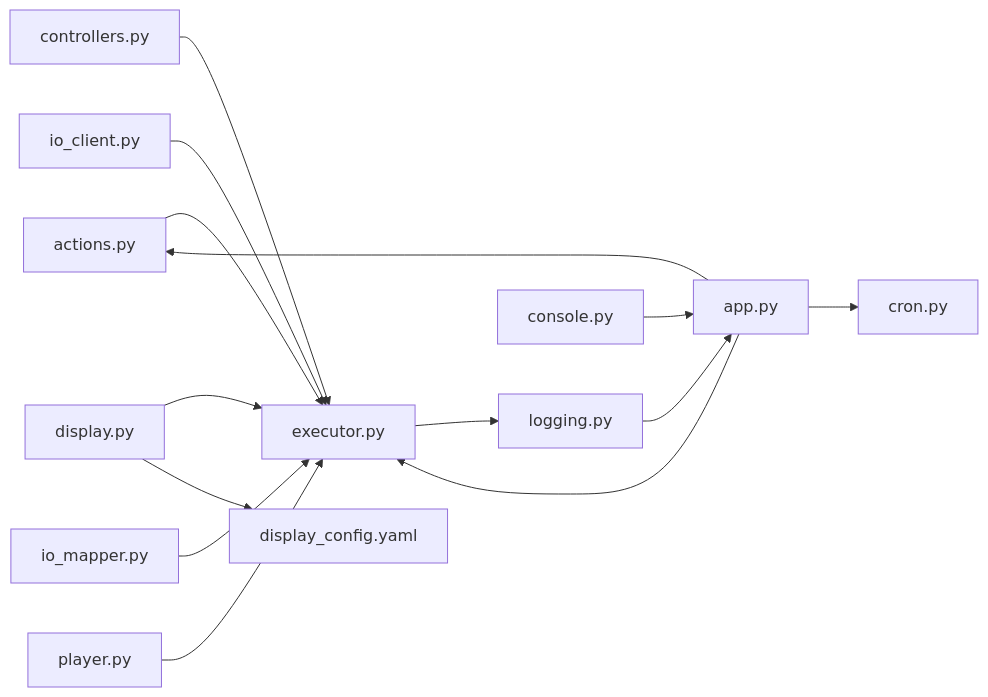
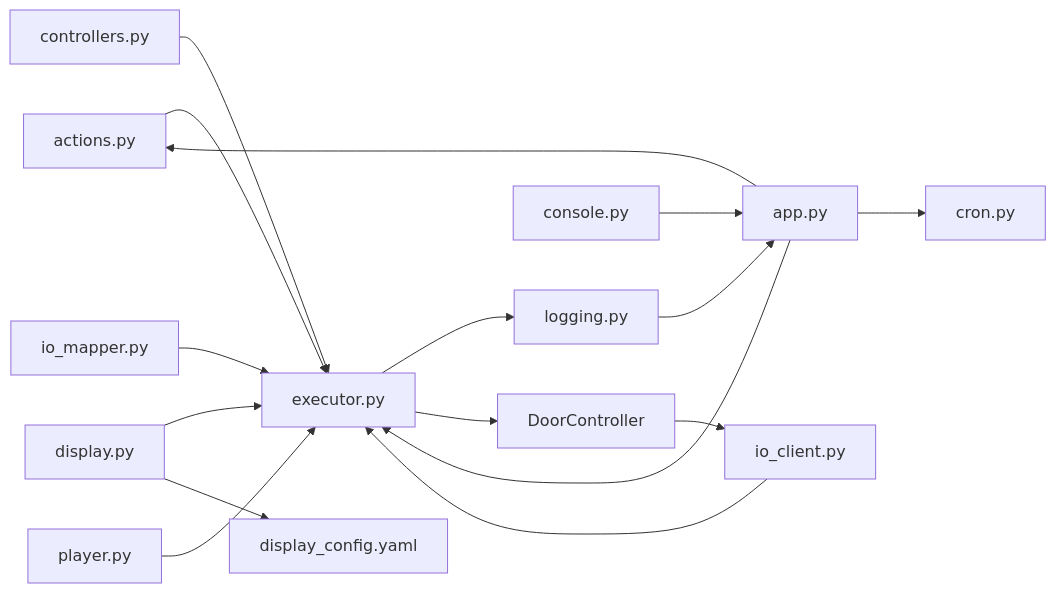
The tenth of 10 diagrams in .qoder/repowiki/zh/content/接口契约/接口契约.md (xmb505/Haku_EET), drawn with Mermaid before and after one commit. The commit also changed other lines of this file and 27 other files, not shown here.

````diff
--- a/.qoder/repowiki/zh/content/接口契约/接口契约.md
+++ b/.qoder/repowiki/zh/content/接口契约/接口契约.md
@@ -491,16 +559,18 @@
 ```mermaid
 graph LR
 ACTIONS["actions.py"] --> EXEC["executor.py"]
 CONTROLLERS["controllers.py"] --> EXEC
 DISPLAY["display.py"] --> EXEC
 IOCLIENT["io_client.py"] --> EXEC
 IOMAPPER["io_mapper.py"] --> EXEC
 PLAYER["player.py"] --> EXEC
 LOGGING["logging.py"] --> APP["app.py"]
 CONSOLE["console.py"] --> APP
 APP --> EXEC
 APP --> ACTIONS
 APP --> CRON["cron.py"]
 DISPLAY --> CONFIG["display_config.yaml"]
 EXEC --> LOGGING
+EXEC --> DOORCTRL["DoorController"]
+DOORCTRL --> IOCLIENT
 ```
````
